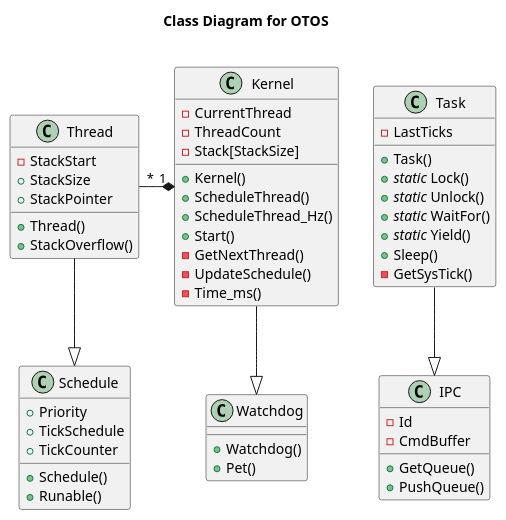
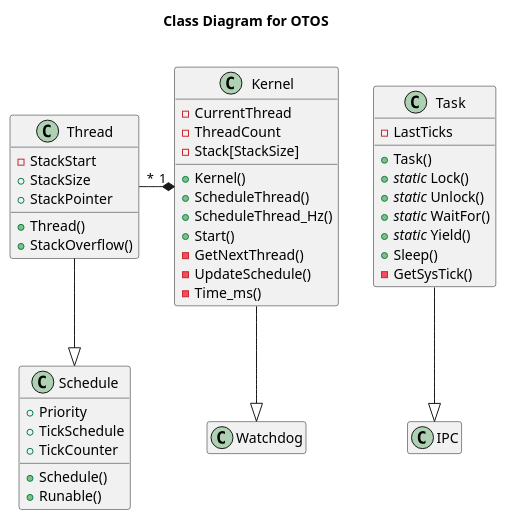
One commit to SebastianOberschwendtner/OTOS changed the diagram in doc/UML/CLD_OTOS.puml. Above: the diagram before and after it, drawn with PlantUML. The commit also changed 1 other file, not shown here.

Commit message:
:memo: Adds class diagram for IOs.

```diff
--- a/doc/UML/CLD_OTOS.puml
+++ b/doc/UML/CLD_OTOS.puml
@@ -1,69 +1,71 @@
 @startuml CLD_OTOS
 title Class Diagram for **OTOS**\n
+
+hide empty members
 
 class Schedule{
     'Properties:
     + Priority
     + TickSchedule
     + TickCounter
     'Methods
     + Schedule()
     + Runable()
 }
 
 class Thread {
     'Properies:
     - StackStart
     + StackSize
     + StackPointer
     'Methods:
     + Thread()
     + StackOverflow()
 }
 class Kernel{
     'Properties:
     - CurrentThread
     - ThreadCount
     - Stack[StackSize]
     'Methods:
     + Kernel()
     + ScheduleThread()
     + ScheduleThread_Hz()
     + Start()
     - GetNextThread()
     - UpdateSchedule()
     - Time_ms()
 }
 
 class Watchdog {
-    + Watchdog()
-    + Pet()
+   '+ Watchdog()
+   '+ Pet()
 }
 
 class Task{
     ' Properties:
     - LastTicks
 
     ' Methods:
     + Task()
     + //static// Lock()
     + //static// Unlock()
     + //static// WaitFor()
     + //static// Yield()
     + Sleep()
     - GetSysTick()
 }
 
 class IPC{
-    - Id
-    - CmdBuffer
-    + GetQueue()
-    + PushQueue()
+   '- Id
+   '- CmdBuffer
+   '+ GetQueue()
+   '+ PushQueue()
 }
 
 Thread --|> Schedule
 Thread "*"-*"1" Kernel
 Kernel --|> Watchdog
 Task --|> IPC
 
 @enduml
```
